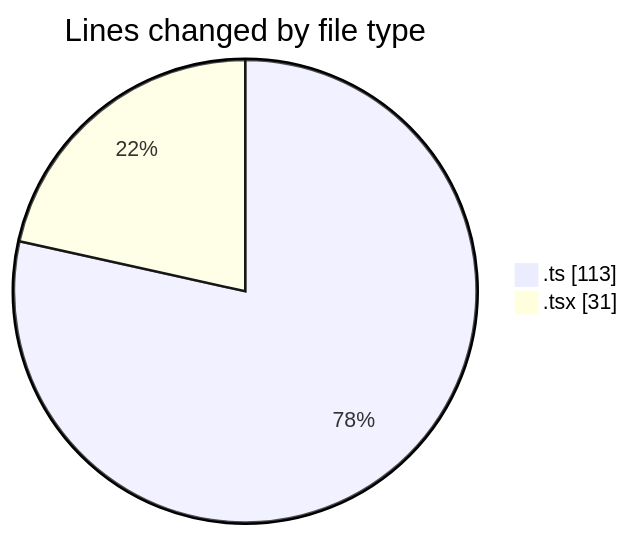
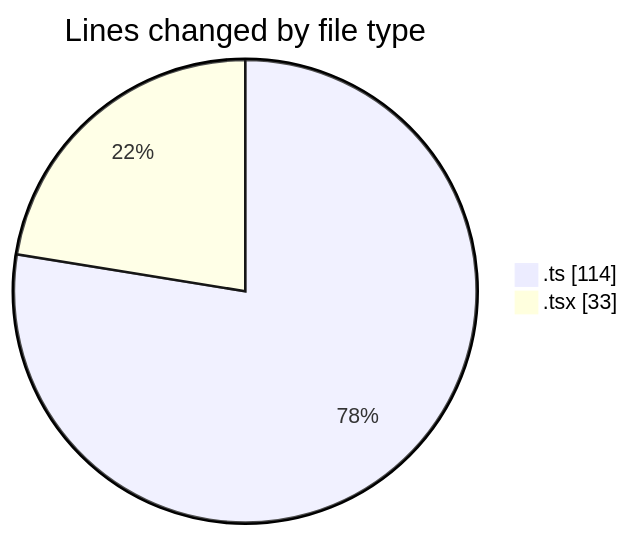
Before and after one commit to julien-gomy/code-tracking: the first of 2 diagrams in 2025-10-22/eventscop-frontend-guide__workspace_/README.md, drawn with Mermaid. The commit also changed other lines of this file and 1 other file, not shown here.

````diff
--- a/2025-10-22/eventscop-frontend-guide__workspace_/README.md
+++ b/2025-10-22/eventscop-frontend-guide__workspace_/README.md
@@ -23,6 +23,6 @@
 ```mermaid
 pie showData
 title Lines changed by file type
-".ts" : 113
-".tsx" : 31
+".ts" : 114
+".tsx" : 33
 ```
````
